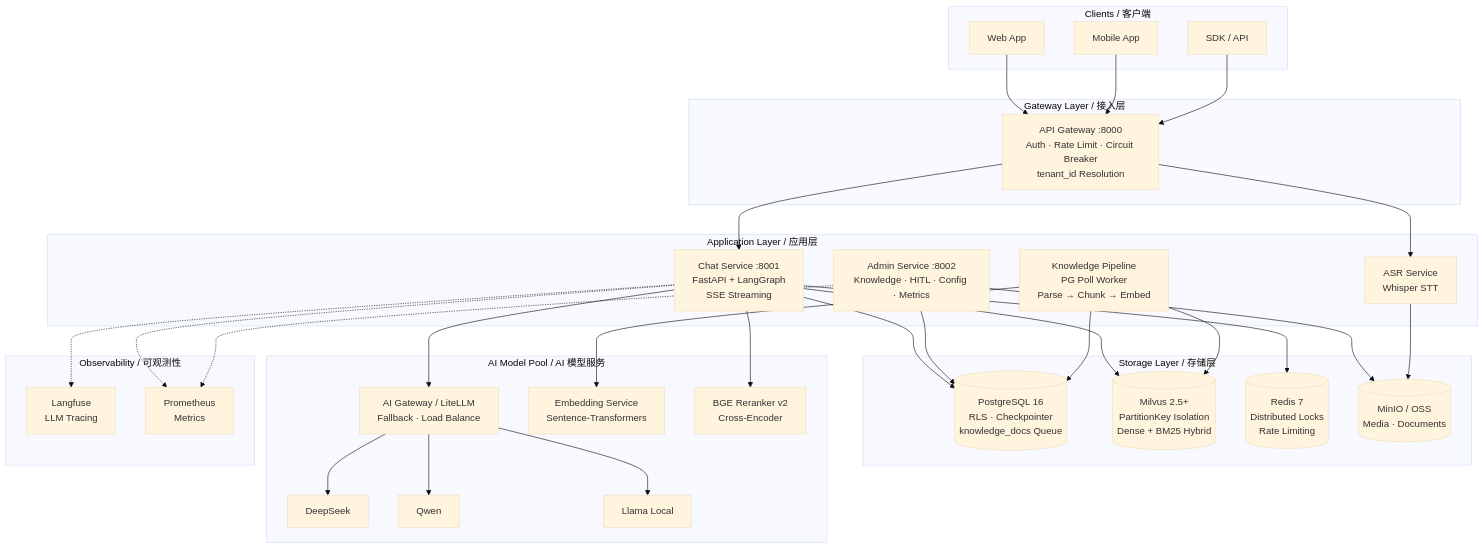
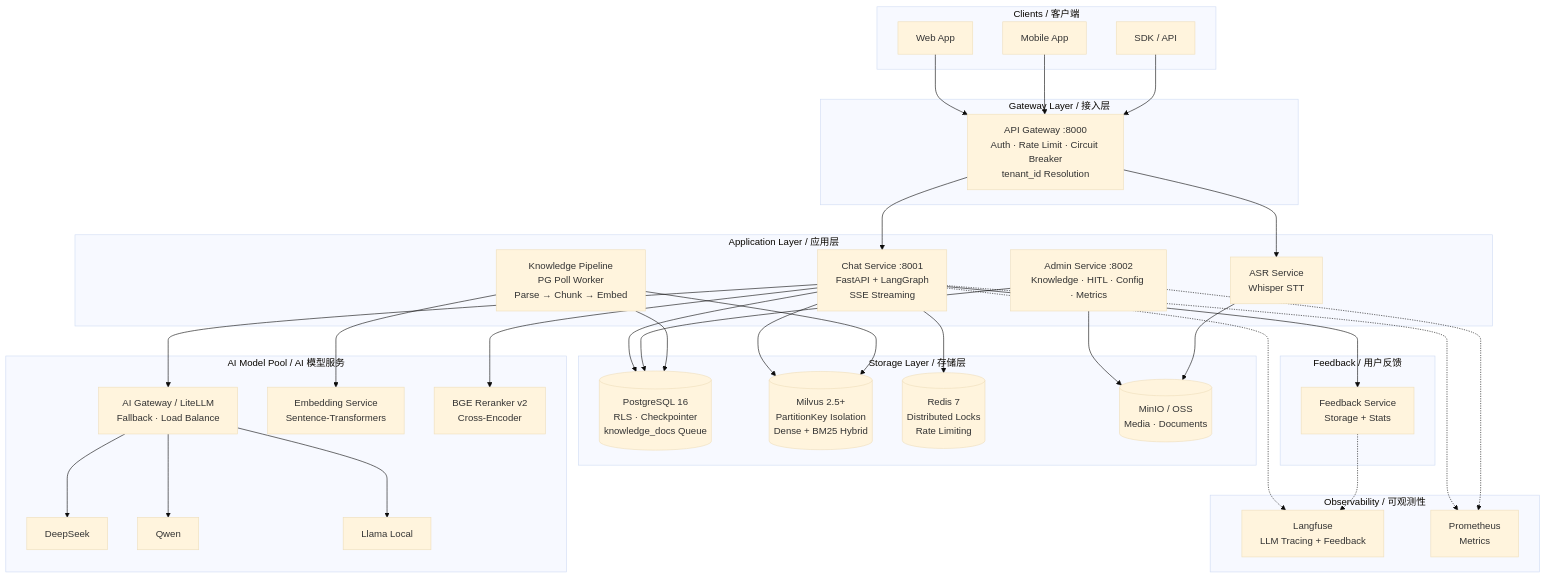
Before and after one commit to pingxin403/cuckoo-echo: the first of 6 diagrams in docs/architecture.md, drawn with Mermaid (base theme). The commit also changed other lines of this file and 2 other files, not shown here.

Commit message:
docs: add feedback API documentation

````diff
--- a/docs/architecture.md
+++ b/docs/architecture.md
@@ -13,50 +13,56 @@
 ```mermaid
 graph TB
     subgraph Clients / 客户端
         WEB[Web App]
         APP[Mobile App]
         SDK[SDK / API]
     end
 
     subgraph Gateway Layer / 接入层
         GW[API Gateway :8000<br/>Auth · Rate Limit · Circuit Breaker<br/>tenant_id Resolution]
     end
 
     subgraph Application Layer / 应用层
         CS[Chat Service :8001<br/>FastAPI + LangGraph<br/>SSE Streaming]
         ADMIN[Admin Service :8002<br/>Knowledge · HITL · Config · Metrics]
         ASR[ASR Service<br/>Whisper STT]
         KP[Knowledge Pipeline<br/>PG Poll Worker<br/>Parse → Chunk → Embed]
     end
 
     subgraph Storage Layer / 存储层
         PG[(PostgreSQL 16<br/>RLS · Checkpointer<br/>knowledge_docs Queue)]
         MV[(Milvus 2.5+<br/>PartitionKey Isolation<br/>Dense + BM25 Hybrid)]
         REDIS[(Redis 7<br/>Distributed Locks<br/>Rate Limiting)]
         OSS[(MinIO / OSS<br/>Media · Documents)]
     end
 
     subgraph AI Model Pool / AI 模型服务
         AIGTW[AI Gateway / LiteLLM<br/>Fallback · Load Balance]
         LLM1[DeepSeek]
         LLM2[Qwen]
         LLM3[Llama Local]
         EMB[Embedding Service<br/>Sentence-Transformers]
         RERANK[BGE Reranker v2<br/>Cross-Encoder]
     end
 
     subgraph Observability / 可观测性
-        LANGFUSE[Langfuse<br/>LLM Tracing]
+        LANGFUSE[Langfuse<br/>LLM Tracing + Feedback]
         PROM[Prometheus<br/>Metrics]
+    end
+
+    subgraph Feedback / 用户反馈
+        FB[Feedback Service<br/>Storage + Stats]
     end
 
     WEB & APP & SDK --> GW
     GW --> CS & ASR
     CS --> PG & MV & REDIS & AIGTW & RERANK
     ADMIN --> PG & OSS
     KP --> PG & MV & EMB
     ASR --> OSS
     AIGTW --> LLM1 & LLM2 & LLM3
     CS -.-> LANGFUSE & PROM
+    CS --> FB
+    FB -.-> LANGFUSE
     ADMIN -.-> PROM
 ```
````
